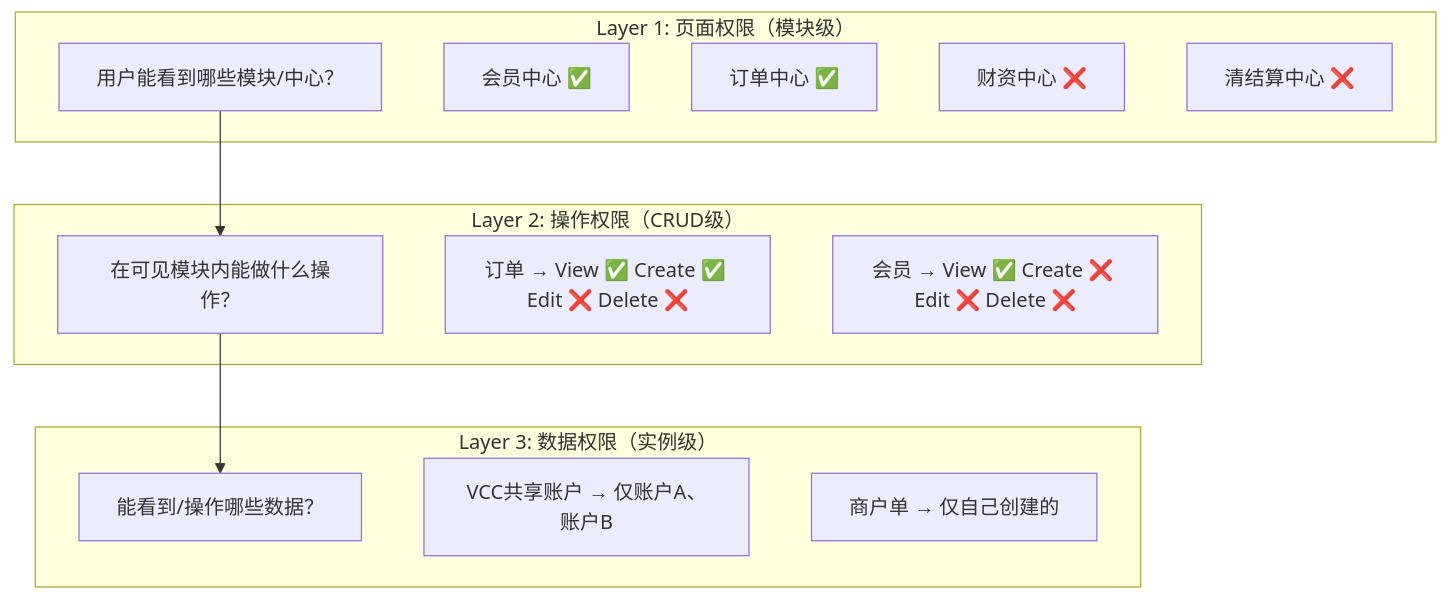
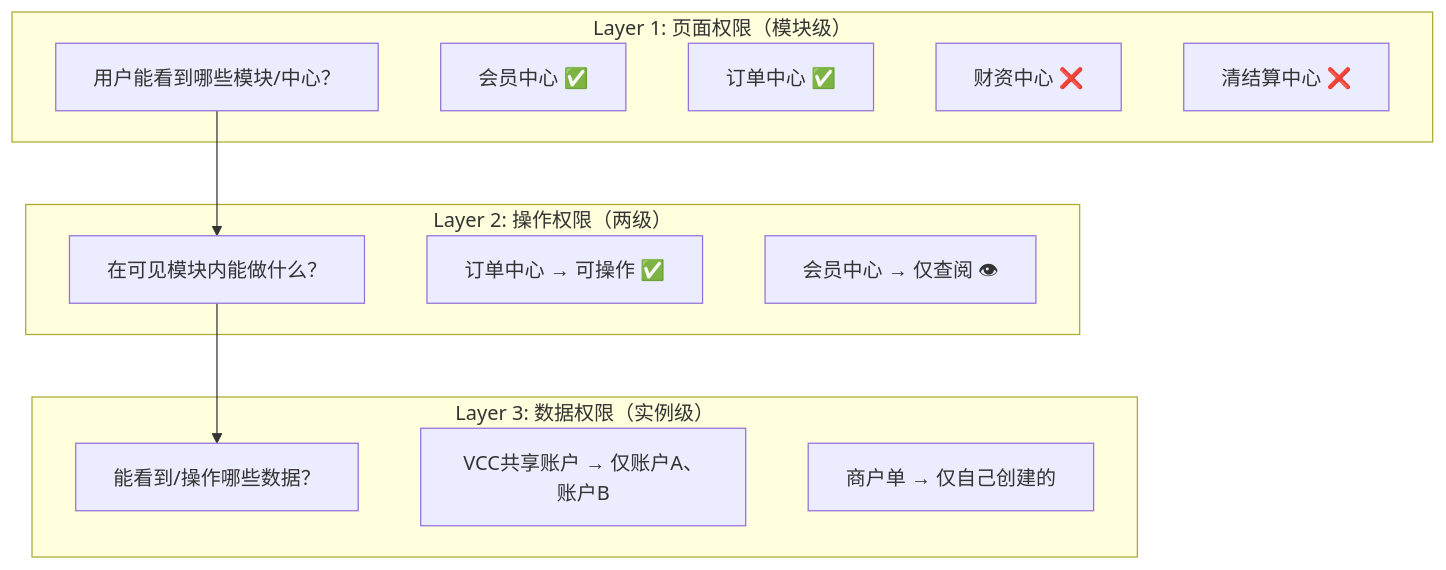
One commit to xiaoxiaoangie/EX-NEW changed the fifth of 19 diagrams in USERPERMISSIONS/prd/Users-Roles-Permissions.md. Above: the diagram before and after it, drawn with Mermaid. The commit also changed other lines of this file and 29 other files, not shown here.

````diff
--- a/USERPERMISSIONS/prd/Users-Roles-Permissions.md
+++ b/USERPERMISSIONS/prd/Users-Roles-Permissions.md
@@ -306,24 +306,24 @@
 ```mermaid
 graph TD
     subgraph "Layer 1: 页面权限（模块级）"
         P1["用户能看到哪些模块/中心？"]
         P1a["会员中心 ✅"]
         P1b["订单中心 ✅"]
         P1c["财资中心 ❌"]
         P1d["清结算中心 ❌"]
     end
 
-    subgraph "Layer 2: 操作权限（CRUD级）"
-        P2["在可见模块内能做什么操作？"]
-        P2a["订单 → View ✅ Create ✅ Edit ❌ Delete ❌"]
-        P2b["会员 → View ✅ Create ❌ Edit ❌ Delete ❌"]
+    subgraph "Layer 2: 操作权限（两级）"
+        P2["在可见模块内能做什么？"]
+        P2a["订单中心 → 可操作 ✅"]
+        P2b["会员中心 → 仅查阅 👁"]
     end
 
     subgraph "Layer 3: 数据权限（实例级）"
         P3["能看到/操作哪些数据？"]
         P3a["VCC共享账户 → 仅账户A、账户B"]
         P3b["商户单 → 仅自己创建的"]
     end
 
     P1 --> P2 --> P3
 ```
````
